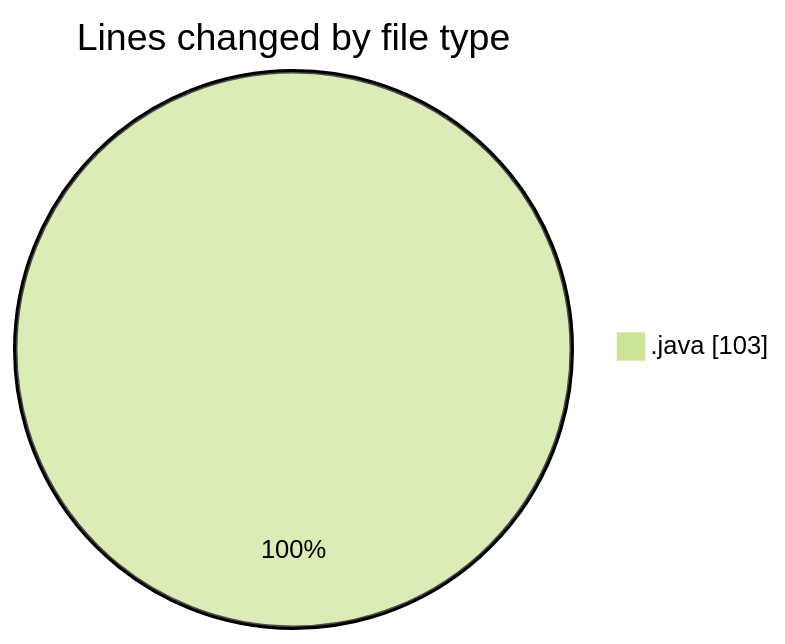
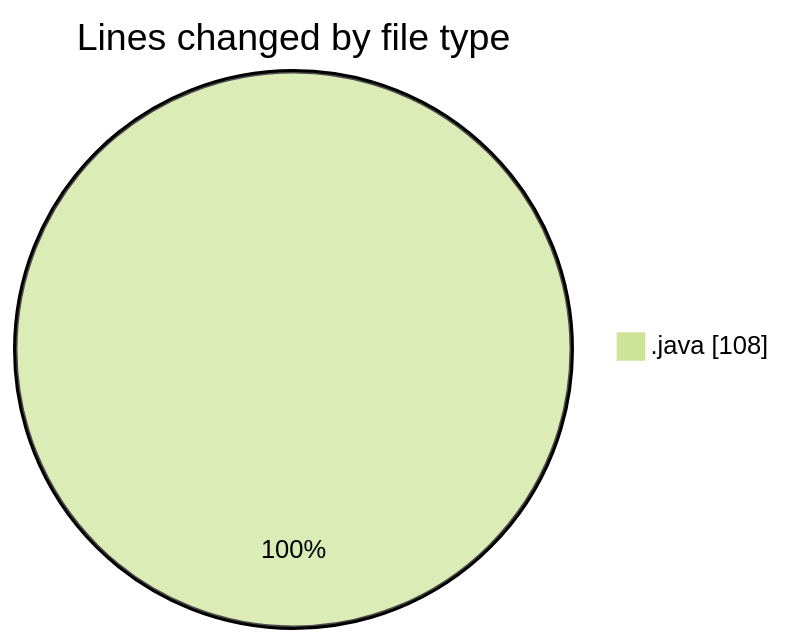
One commit to NitaiMahat/code-tracking changed the first of 2 diagrams in 2025-03-25/startfiles/README.md. Above: the diagram before and after it, drawn with Mermaid (forest theme). The commit also changed other lines of this file and 1 other file, not shown here.

````diff
--- a/2025-03-25/startfiles/README.md
+++ b/2025-03-25/startfiles/README.md
@@ -20,5 +20,5 @@
 ```mermaid
 pie showData
 title Lines changed by file type
-".java" : 103
+".java" : 108
 ```
````
